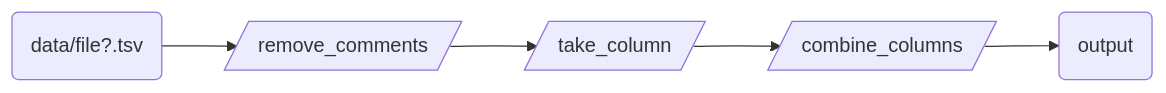
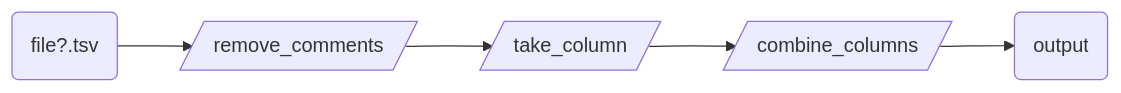
One commit to viash-io/website changed the diagram in documentation/quickstart/index.qmd. Above: the diagram before and after it, drawn with Mermaid. The commit also changed other lines of this file, not shown here.

````diff
--- a/documentation/quickstart/index.qmd
+++ b/documentation/quickstart/index.qmd
@@ -32,7 +32,7 @@
 ```{mermaid}
 graph LR
-   A(data/file?.tsv) --> B[/remove_comments/]
+   A(file?.tsv) --> B[/remove_comments/]
    B --> C[/take_column/]
    C --> D[/combine_columns/]
    D --> E(output)
 ```
````
